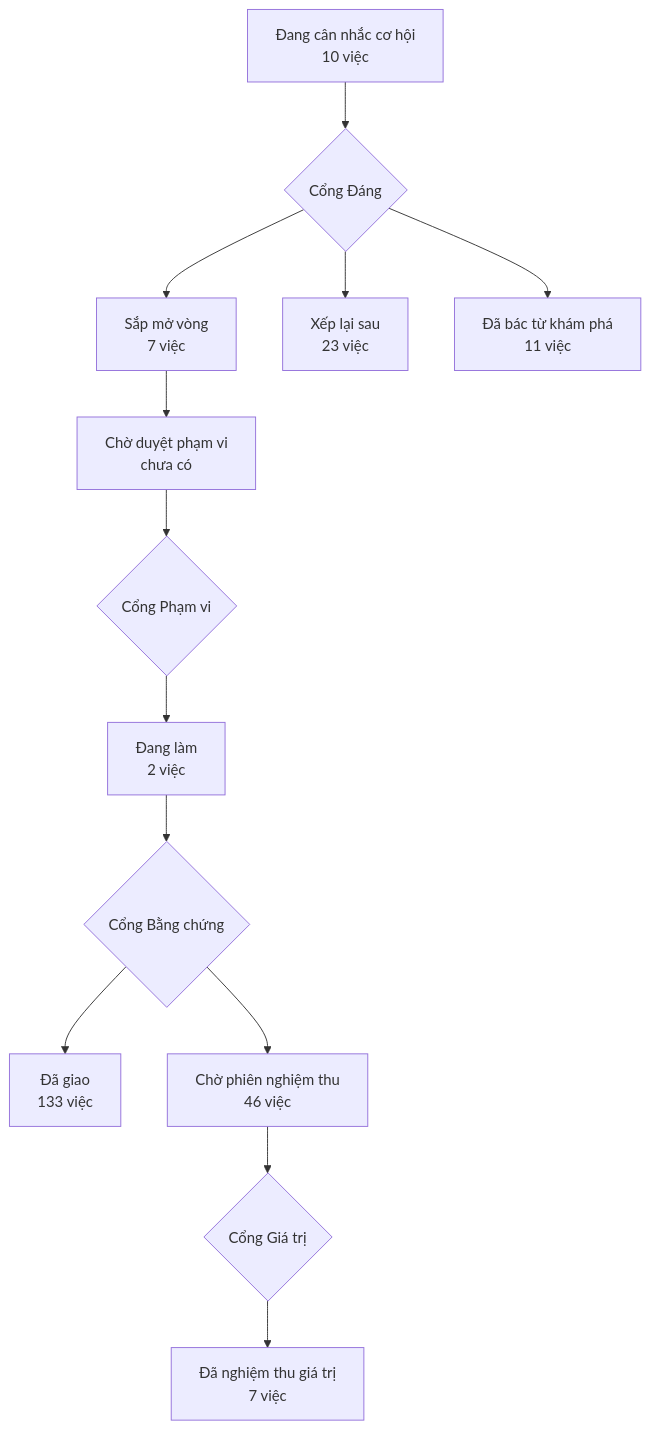
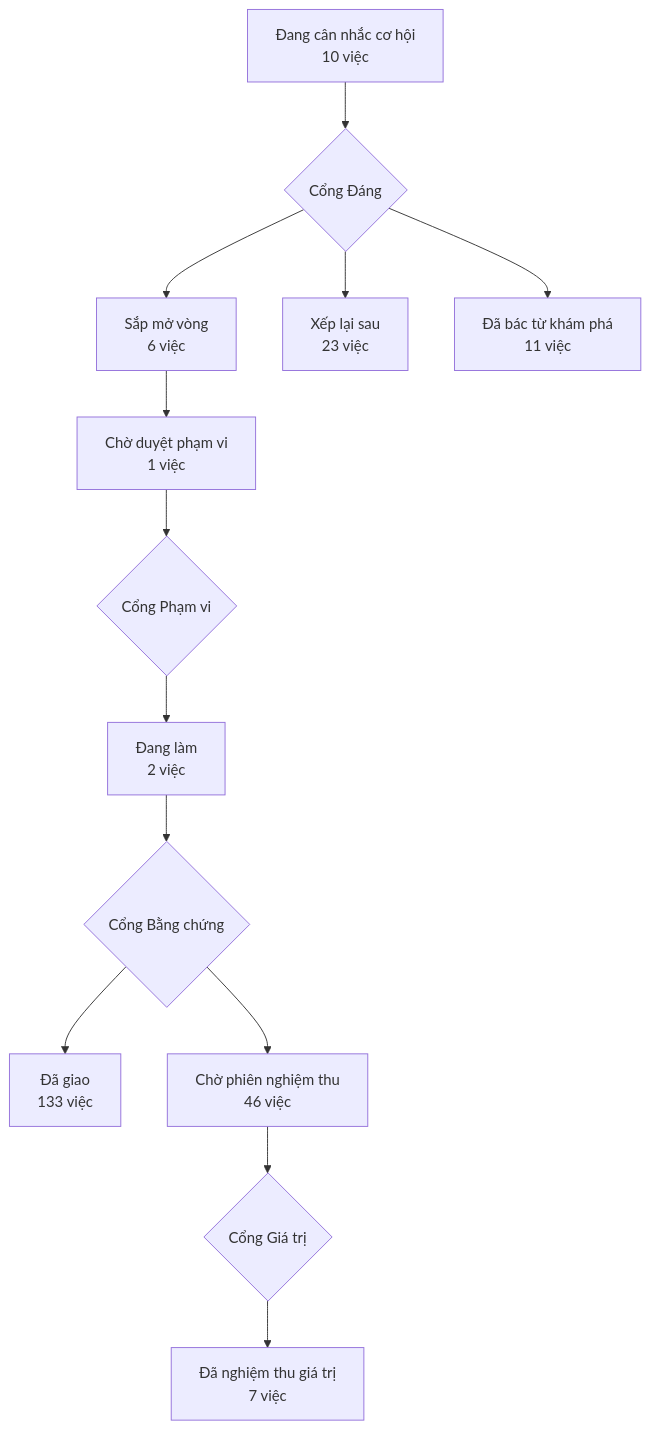
Before and after one commit to phanlemanh/acceptance-gate-kit: the diagram in PRODUCT-MAP.md, drawn with Mermaid. The commit also changed other lines of this file and 7 other files, not shown here.

Commit message:
docs(o-mo-viec-mang-nguon): thiết kế, hợp đồng 8 tiêu chí, evals, phản biện — Cổng Phạm vi làn V (TT3)

````diff
--- a/PRODUCT-MAP.md
+++ b/PRODUCT-MAP.md
@@ -7,12 +7,12 @@
 ```mermaid
 flowchart TD
   A["Đang cân nhắc cơ hội<br/>10 việc"] --> GD{"Cổng Đáng"}
-  GD --> B["Sắp mở vòng<br/>7 việc"]
+  GD --> B["Sắp mở vòng<br/>6 việc"]
   GD --> XL["Xếp lại sau<br/>23 việc"]
   GD --> DB["Đã bác từ khám phá<br/>11 việc"]
-  B --> CD["Chờ duyệt phạm vi<br/>chưa có"] --> GP{"Cổng Phạm vi"}
+  B --> CD["Chờ duyệt phạm vi<br/>1 việc"] --> GP{"Cổng Phạm vi"}
   GP --> DL["Đang làm<br/>2 việc"] --> GB{"Cổng Bằng chứng"}
   GB --> DG["Đã giao<br/>133 việc"]
   GB --> CN["Chờ phiên nghiệm thu<br/>46 việc"] --> GG{"Cổng Giá trị"}
   GG --> NT["Đã nghiệm thu giá trị<br/>7 việc"]
 ```
````
